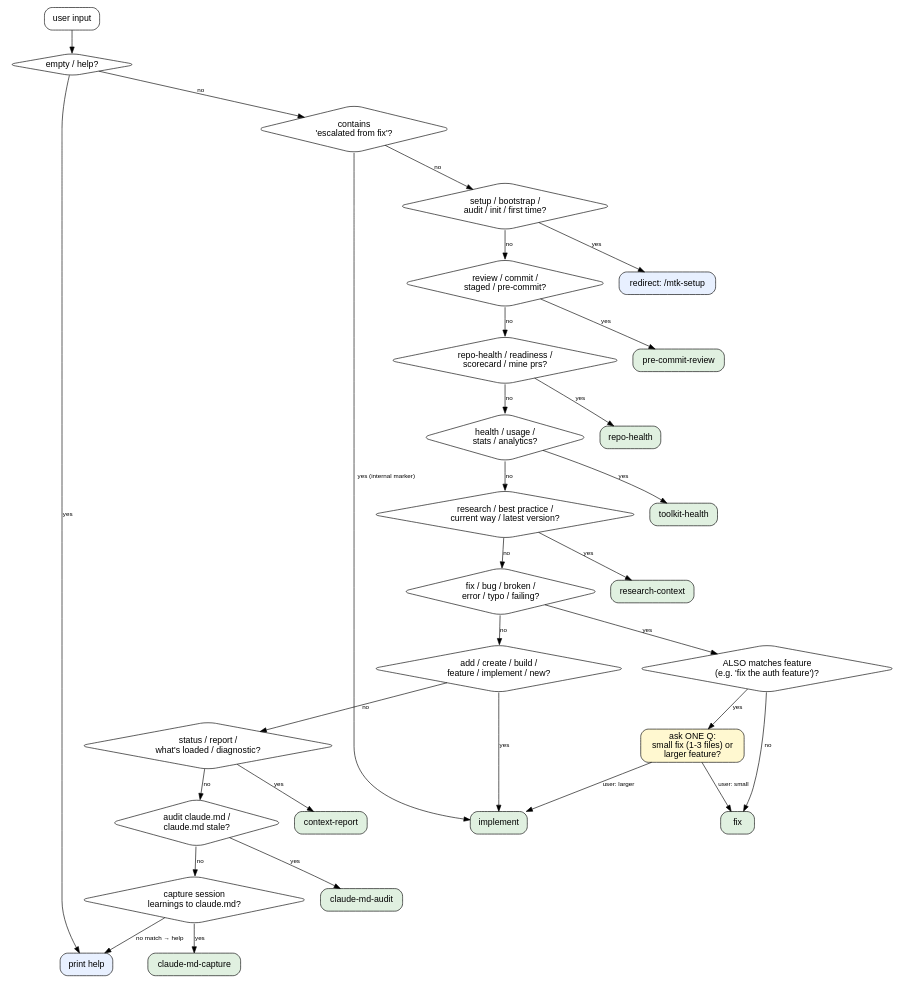
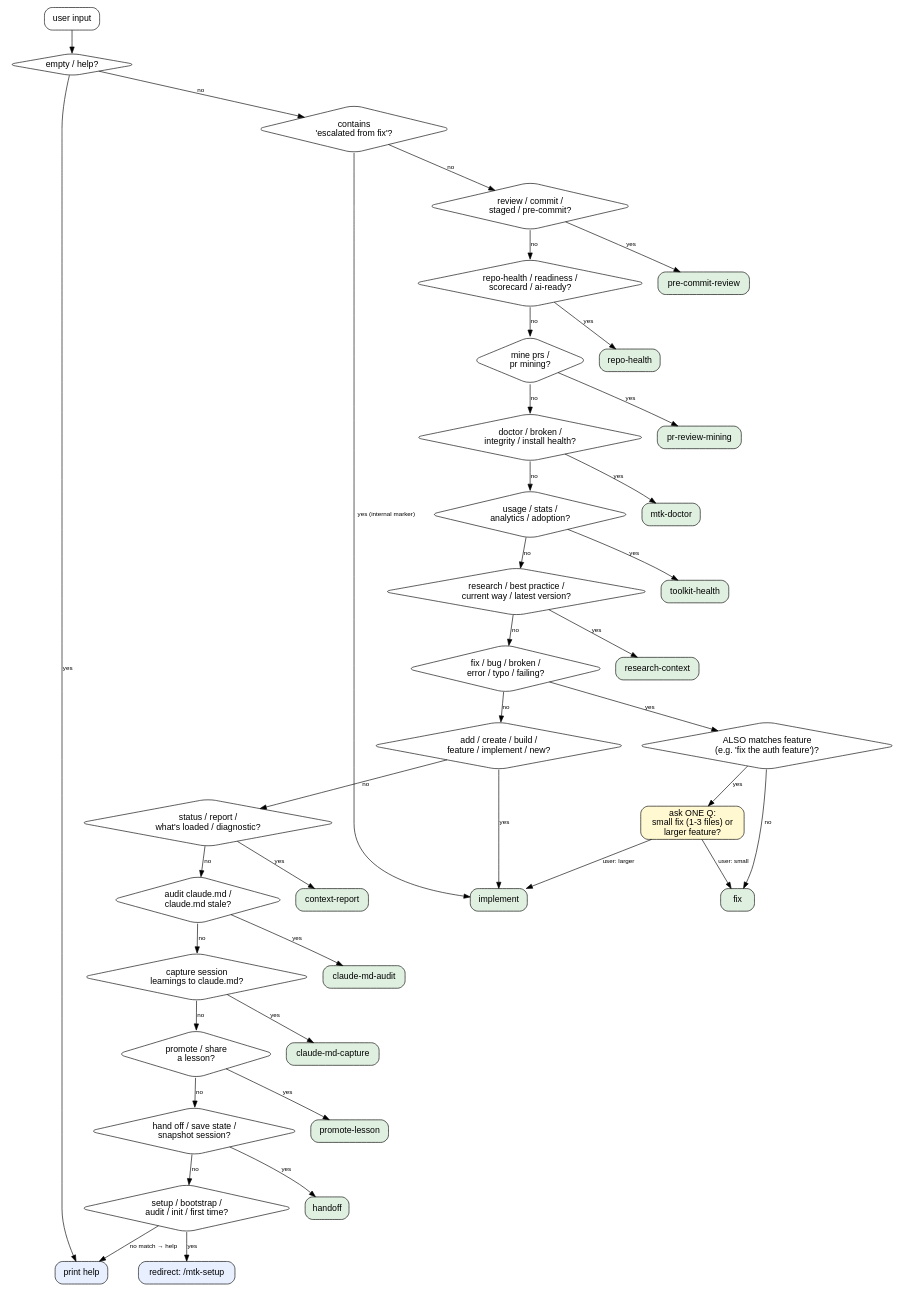
The diagram in .claude/skills/mtk/SKILL.md (moberghr/mtk-agent-toolkit), drawn with Graphviz before and after one commit. The commit also changed other lines of this file and 50 other files, not shown here.

````diff
--- a/.claude/skills/mtk/SKILL.md
+++ b/.claude/skills/mtk/SKILL.md
@@ -17,64 +18,80 @@
 ```dot
 digraph mtk_routing {
   rankdir=TB;
   node [shape=box, style=rounded, fontname="Helvetica"];
   edge [fontname="Helvetica", fontsize=10];
 
   start    [label="user input"];
   empty    [label="empty / help?", shape=diamond];
   help     [label="print help", style="rounded,filled", fillcolor="#e8f0ff"];
   esc      [label="contains\n'escalated from fix'?", shape=diamond];
   setup    [label="setup / bootstrap /\naudit / init / first time?", shape=diamond];
   redirect [label="redirect: /mtk-setup", style="rounded,filled", fillcolor="#e8f0ff"];
   rev      [label="review / commit /\nstaged / pre-commit?", shape=diamond];
   pcr      [label="pre-commit-review", style="rounded,filled", fillcolor="#e0f0e0"];
-  rhlth    [label="repo-health / readiness /\nscorecard / mine prs?", shape=diamond];
+  rhlth    [label="repo-health / readiness /\nscorecard / ai-ready?", shape=diamond];
   rh       [label="repo-health", style="rounded,filled", fillcolor="#e0f0e0"];
-  hlth     [label="health / usage /\nstats / analytics?", shape=diamond];
+  prm      [label="mine prs /\npr mining?", shape=diamond];
+  prmine   [label="pr-review-mining", style="rounded,filled", fillcolor="#e0f0e0"];
+  doc      [label="doctor / broken /\nintegrity / install health?", shape=diamond];
+  mdoc     [label="mtk-doctor", style="rounded,filled", fillcolor="#e0f0e0"];
+  hlth     [label="usage / stats /\nanalytics / adoption?", shape=diamond];
   th       [label="toolkit-health", style="rounded,filled", fillcolor="#e0f0e0"];
   rsch     [label="research / best practice /\ncurrent way / latest version?", shape=diamond];
   rc       [label="research-context", style="rounded,filled", fillcolor="#e0f0e0"];
   fixv     [label="fix / bug / broken /\nerror / typo / failing?", shape=diamond];
   feat     [label="add / create / build /\nfeature / implement / new?", shape=diamond];
   ambig    [label="ALSO matches feature\n(e.g. 'fix the auth feature')?", shape=diamond];
   ask      [label="ask ONE Q:\nsmall fix (1-3 files) or\nlarger feature?", style="rounded,filled", fillcolor="#fff8d0"];
   fix      [label="fix", style="rounded,filled", fillcolor="#e0f0e0"];
   impl     [label="implement", style="rounded,filled", fillcolor="#e0f0e0"];
   stat     [label="status / report /\nwhat's loaded / diagnostic?", shape=diamond];
   cr       [label="context-report", style="rounded,filled", fillcolor="#e0f0e0"];
   cmd      [label="audit claude.md /\nclaude.md stale?", shape=diamond];
   cma      [label="claude-md-audit", style="rounded,filled", fillcolor="#e0f0e0"];
   cmc      [label="capture session\nlearnings to claude.md?", shape=diamond];
   cmcap    [label="claude-md-capture", style="rounded,filled", fillcolor="#e0f0e0"];
+  prom     [label="promote / share\na lesson?", shape=diamond];
+  plsn     [label="promote-lesson", style="rounded,filled", fillcolor="#e0f0e0"];
+  ho       [label="hand off / save state /\nsnapshot session?", shape=diamond];
+  hoff     [label="handoff", style="rounded,filled", fillcolor="#e0f0e0"];
 
   start -> empty;
   empty -> help [label="yes"];
   empty -> esc  [label="no"];
   esc   -> impl [label="yes (internal marker)"];
-  esc   -> setup [label="no"];
-  setup -> redirect [label="yes"];
-  setup -> rev  [label="no"];
+  esc   -> rev  [label="no"];
   rev   -> pcr  [label="yes"];
   rev   -> rhlth [label="no"];
   rhlth -> rh   [label="yes"];
-  rhlth -> hlth [label="no"];
+  rhlth -> prm  [label="no"];
+  prm   -> prmine [label="yes"];
+  prm   -> doc  [label="no"];
+  doc   -> mdoc [label="yes"];
+  doc   -> hlth [label="no"];
   hlth  -> th   [label="yes"];
   hlth  -> rsch [label="no"];
   rsch  -> rc   [label="yes"];
   rsch  -> fixv [label="no"];
   fixv  -> ambig [label="yes"];
   ambig -> ask  [label="yes"];
   ambig -> fix  [label="no"];
   ask   -> fix  [label="user: small"];
   ask   -> impl [label="user: larger"];
   fixv  -> feat [label="no"];
   feat  -> impl [label="yes"];
   feat  -> stat [label="no"];
   stat  -> cr   [label="yes"];
   stat  -> cmd  [label="no"];
   cmd   -> cma  [label="yes"];
   cmd   -> cmc  [label="no"];
   cmc   -> cmcap [label="yes"];
-  cmc   -> help [label="no match → help"];
+  cmc   -> prom [label="no"];
+  prom  -> plsn [label="yes"];
+  prom  -> ho   [label="no"];
+  ho    -> hoff [label="yes"];
+  ho    -> setup [label="no"];
+  setup -> redirect [label="yes"];
+  setup -> help [label="no match → help"];
 }
 ```
````
